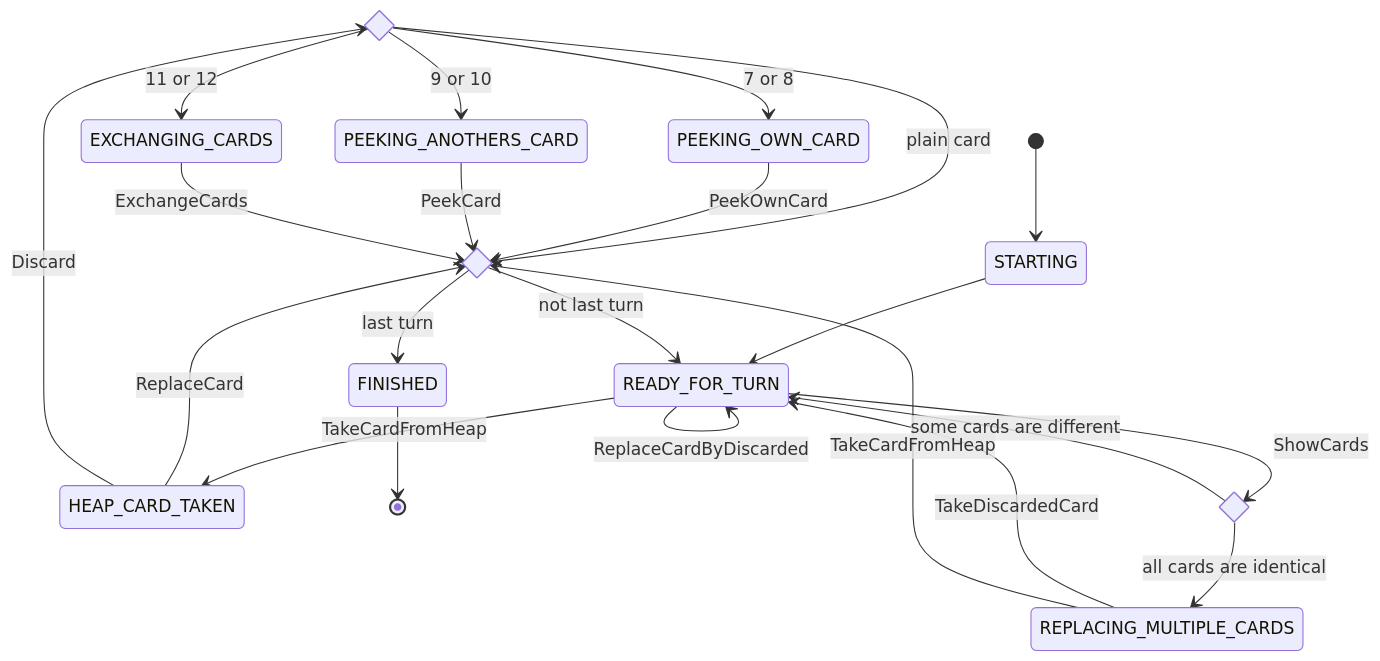
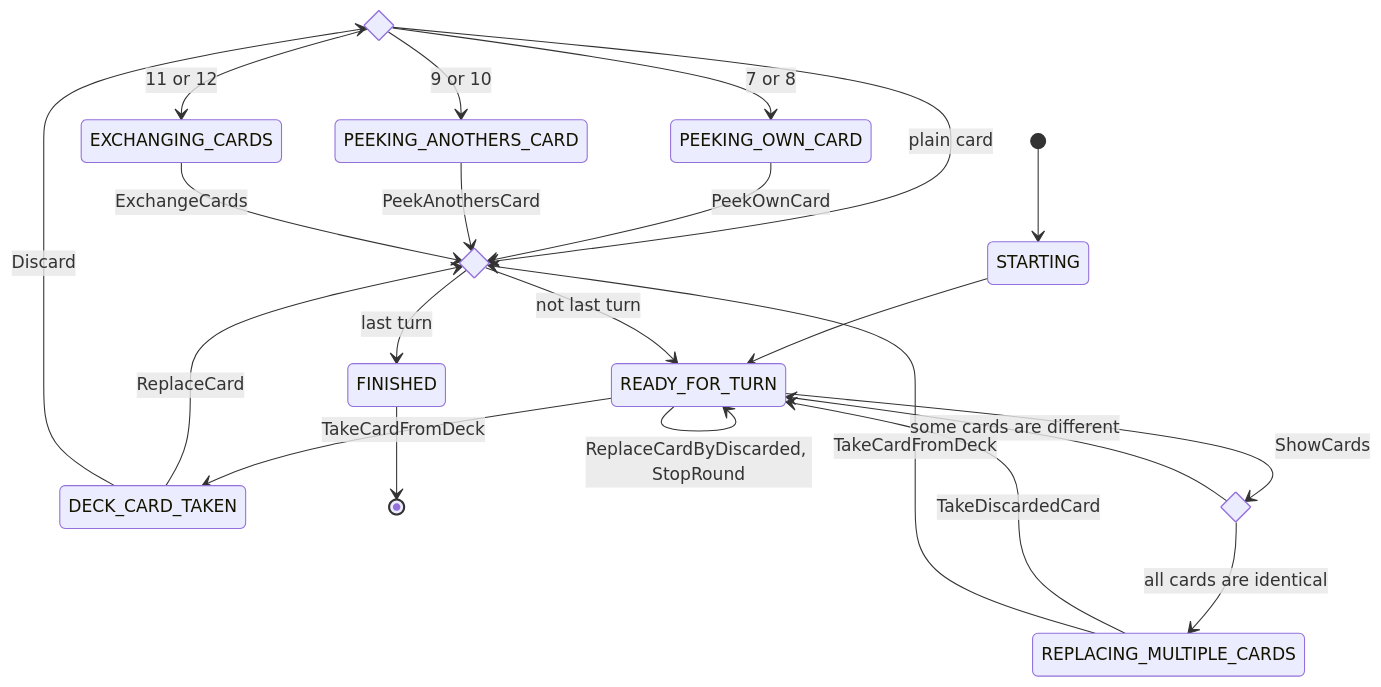
The first of 15 diagrams in README.md (roman-zubarevich/another), drawn with Mermaid before and after one commit. The commit also changed other lines of this file, not shown here.

````diff
--- a/README.md
+++ b/README.md
@@ -7,27 +7,27 @@
 ```mermaid
 stateDiagram-v2
     state discarded <<choice>>
     state showing_cards <<choice>>
     state turn_done <<choice>>
     [*] --> STARTING
     STARTING --> READY_FOR_TURN
-    READY_FOR_TURN --> HEAP_CARD_TAKEN: TakeCardFromHeap
-    READY_FOR_TURN --> READY_FOR_TURN: ReplaceCardByDiscarded
+    READY_FOR_TURN --> DECK_CARD_TAKEN: TakeCardFromDeck
+    READY_FOR_TURN --> READY_FOR_TURN: ReplaceCardByDiscarded, StopRound
     READY_FOR_TURN --> showing_cards: ShowCards
     showing_cards --> REPLACING_MULTIPLE_CARDS: all cards are identical
     showing_cards --> READY_FOR_TURN: some cards are different
-    HEAP_CARD_TAKEN --> turn_done: ReplaceCard
-    HEAP_CARD_TAKEN --> discarded: Discard
+    DECK_CARD_TAKEN --> turn_done: ReplaceCard
+    DECK_CARD_TAKEN --> discarded: Discard
     discarded --> turn_done: plain card
     discarded --> PEEKING_OWN_CARD: 7 or 8
     discarded --> PEEKING_ANOTHERS_CARD: 9 or 10
     discarded --> EXCHANGING_CARDS: 11 or 12
     REPLACING_MULTIPLE_CARDS --> READY_FOR_TURN: TakeDiscardedCard
-    REPLACING_MULTIPLE_CARDS --> turn_done: TakeCardFromHeap
+    REPLACING_MULTIPLE_CARDS --> turn_done: TakeCardFromDeck
     PEEKING_OWN_CARD --> turn_done: PeekOwnCard
-    PEEKING_ANOTHERS_CARD --> turn_done: PeekCard
+    PEEKING_ANOTHERS_CARD --> turn_done: PeekAnothersCard
     EXCHANGING_CARDS --> turn_done: ExchangeCards
     turn_done --> READY_FOR_TURN: not last turn
     turn_done --> FINISHED: last turn
     FINISHED --> [*]
 ```
````
